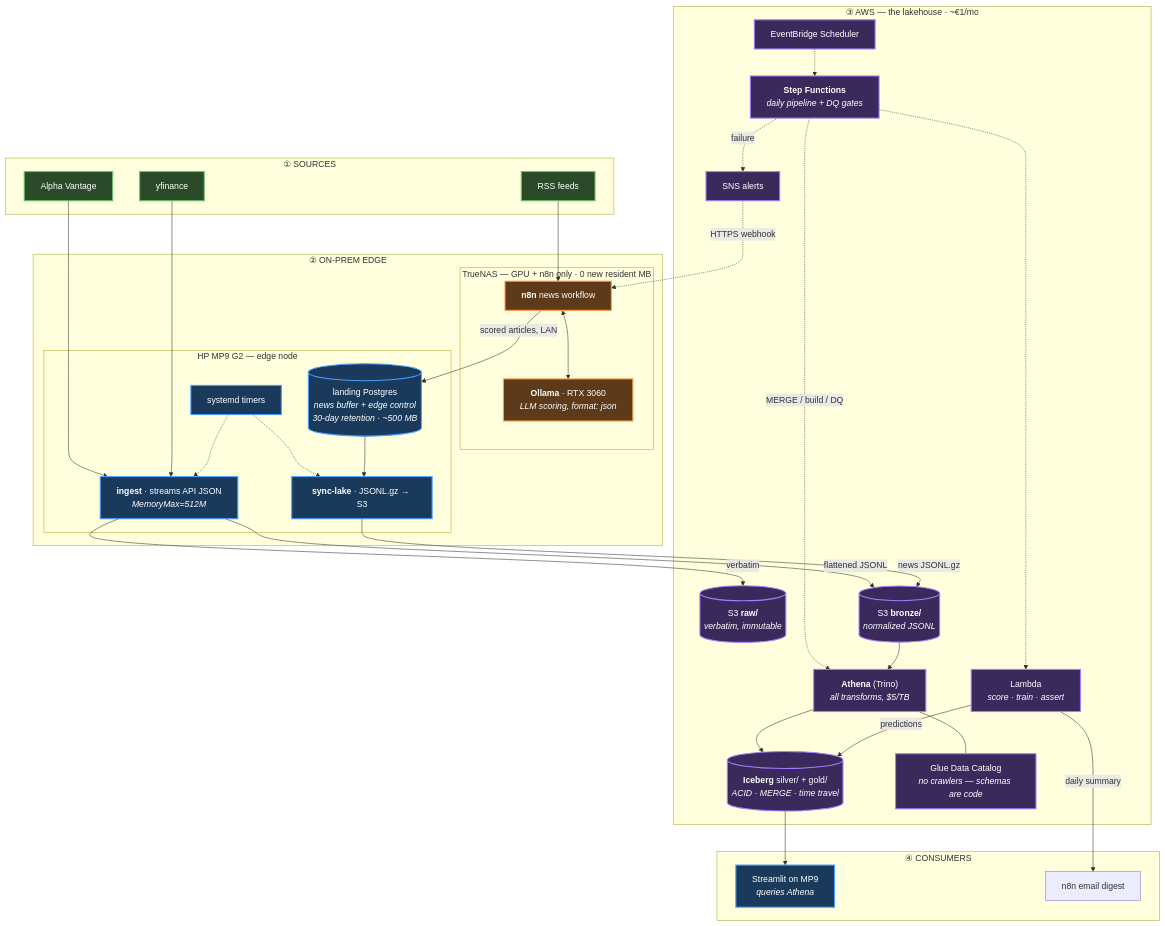
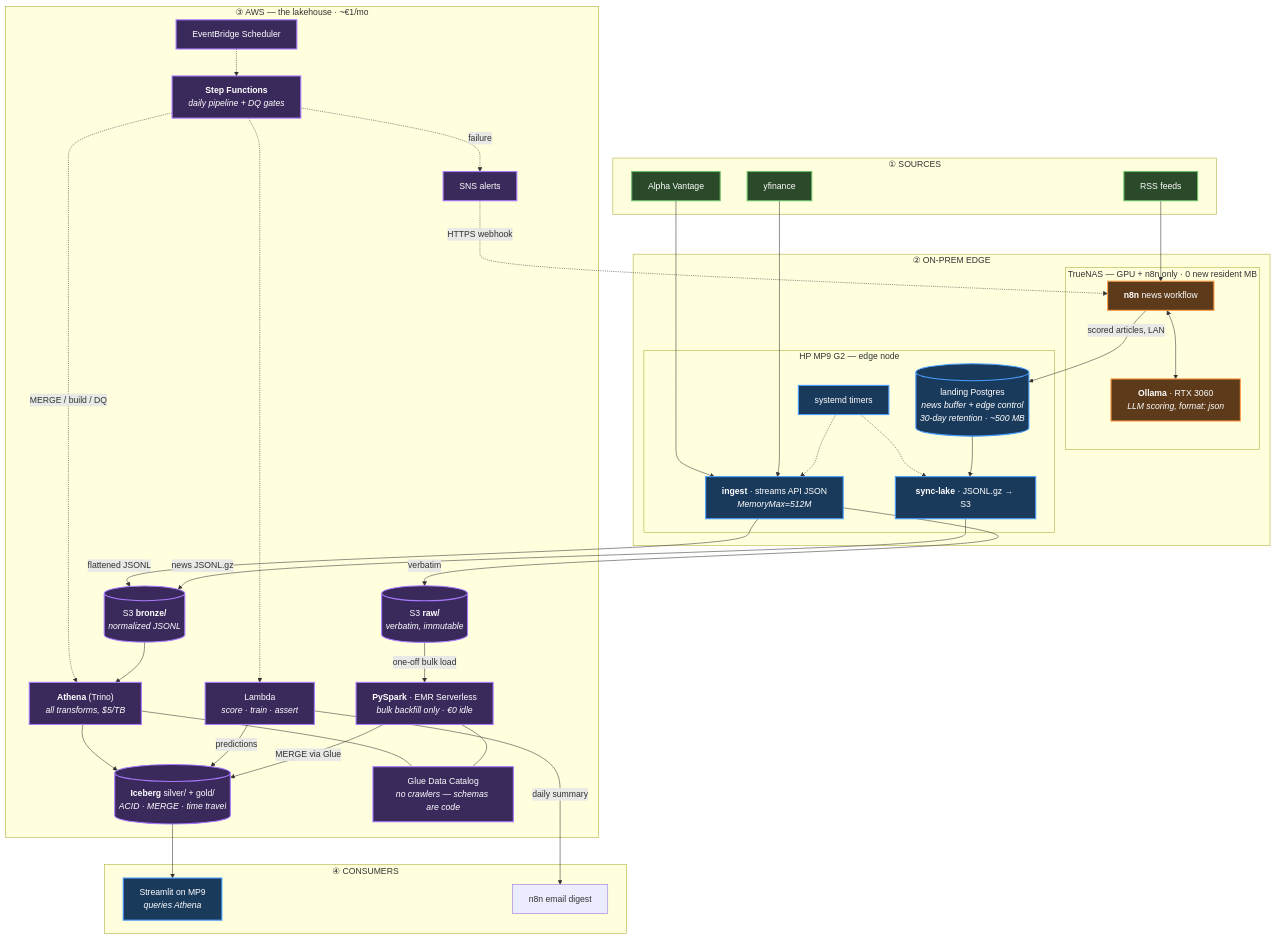
One commit to Tiago-B-C-Reis/AI_SP500 changed the diagram in ARCHITECTURE.md. Above: the diagram before and after it, drawn with Mermaid. The commit also changed other lines of this file and 13 other files, not shown here.

````diff
--- a/ARCHITECTURE.md
+++ b/ARCHITECTURE.md
@@ -58,74 +59,78 @@
 ```mermaid
 flowchart TB
     subgraph SRC["① SOURCES"]
         AV["Alpha Vantage"]
         YF["yfinance"]
         RSS["RSS feeds"]
     end
 
     subgraph EDGE["② ON-PREM EDGE"]
         subgraph NAS["TrueNAS — GPU + n8n only · 0 new resident MB"]
             N8N["<b>n8n</b> news workflow"]
             OLLAMA["<b>Ollama</b> · RTX 3060<br/><i>LLM scoring, format: json</i>"]
         end
         subgraph MP9["HP MP9 G2 — edge node"]
             TIMERS["systemd timers"]
             INGEST["<b>ingest</b> · streams API JSON<br/><i>MemoryMax=512M</i>"]
             LPG[("landing Postgres<br/><i>news buffer + edge control<br/>30-day retention · ~500 MB</i>")]
             SYNC["<b>sync-lake</b> · JSONL.gz → S3"]
         end
     end
 
     subgraph AWS["③ AWS — the lakehouse · ~€1/mo"]
         S3RAW[("S3 <b>raw/</b><br/><i>verbatim, immutable</i>")]
         S3BRZ[("S3 <b>bronze/</b><br/><i>normalized JSONL</i>")]
         ICE[("<b>Iceberg</b> silver/ + gold/<br/><i>ACID · MERGE · time travel</i>")]
         GLUE["Glue Data Catalog<br/><i>no crawlers — schemas are code</i>"]
         ATH["<b>Athena</b> (Trino)<br/><i>all transforms, $5/TB</i>"]
         SFN["<b>Step Functions</b><br/><i>daily pipeline + DQ gates</i>"]
         EB["EventBridge Scheduler"]
         LAM["Lambda<br/><i>score · train · assert</i>"]
         SNS["SNS alerts"]
+        SPARK["<b>PySpark</b> · EMR Serverless<br/><i>bulk backfill only · €0 idle</i>"]
     end
 
     subgraph SERVE["④ CONSUMERS"]
         DASH["Streamlit on MP9<br/><i>queries Athena</i>"]
         DIGEST["n8n email digest"]
     end
 
     AV --> INGEST
     YF --> INGEST
     RSS --> N8N
     N8N <--> OLLAMA
     N8N -->|"scored articles, LAN"| LPG
 
     INGEST -->|"verbatim"| S3RAW
     INGEST -->|"flattened JSONL"| S3BRZ
     TIMERS -.-> INGEST
     TIMERS -.-> SYNC
     LPG --> SYNC
     SYNC -->|"news JSONL.gz"| S3BRZ
 
     EB -.-> SFN
     SFN -.->|"MERGE / build / DQ"| ATH
     ATH --- GLUE
     S3BRZ --> ATH
     ATH --> ICE
     SFN -.-> LAM
     LAM -->|"predictions"| ICE
+    S3RAW -->|"one-off bulk load"| SPARK
+    SPARK -->|"MERGE via Glue"| ICE
+    SPARK --- GLUE
     SFN -.->|"failure"| SNS
     SNS -.->|"HTTPS webhook"| N8N
 
     ICE --> DASH
     LAM -->|"daily summary"| DIGEST
 
     classDef nas fill:#5c3a1a,stroke:#ff9e4a,stroke-width:2px,color:#fff
     classDef mp9 fill:#1a3a5c,stroke:#4a9eff,stroke-width:2px,color:#fff
     classDef aws fill:#3a2a5c,stroke:#a97aff,stroke-width:2px,color:#fff
     classDef src fill:#2a4a2a,stroke:#6abf6a,stroke-width:2px,color:#fff
 
     class N8N,OLLAMA nas
     class TIMERS,INGEST,LPG,SYNC,DASH mp9
-    class S3RAW,S3BRZ,ICE,GLUE,ATH,SFN,EB,LAM,SNS aws
+    class S3RAW,S3BRZ,ICE,GLUE,ATH,SFN,EB,LAM,SNS,SPARK aws
     class AV,YF,RSS src
 ```
````
